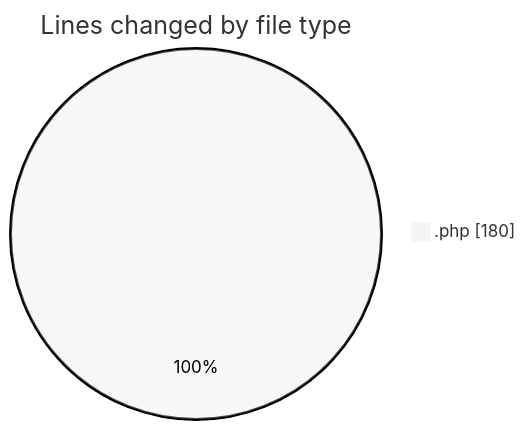
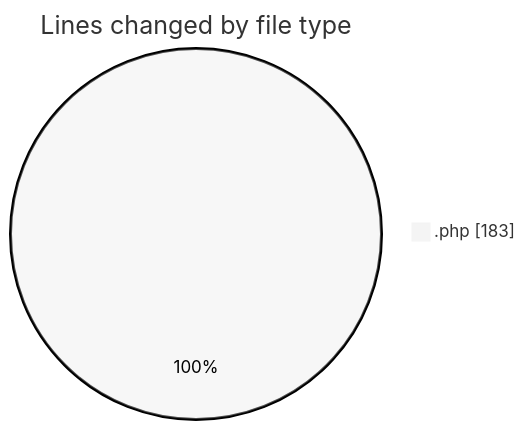
One commit to LanceThiago/code-tracking changed the first of 2 diagrams in 2025-04-07/totem/README.md. Above: the diagram before and after it, drawn with Mermaid (neutral theme). The commit also changed other lines of this file and 1 other file, not shown here.

````diff
--- a/2025-04-07/totem/README.md
+++ b/2025-04-07/totem/README.md
@@ -20,5 +20,5 @@
 ```mermaid
 pie showData
 title Lines changed by file type
-".php" : 180
+".php" : 183
 ```
````
